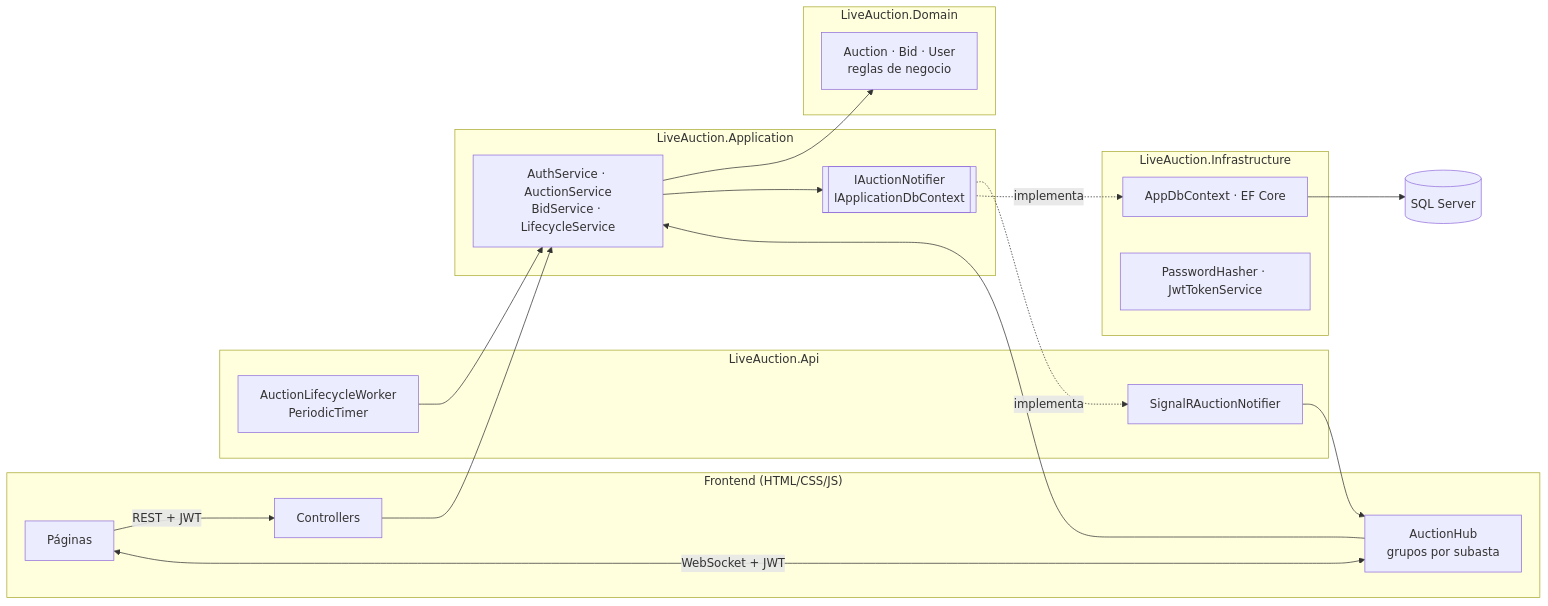
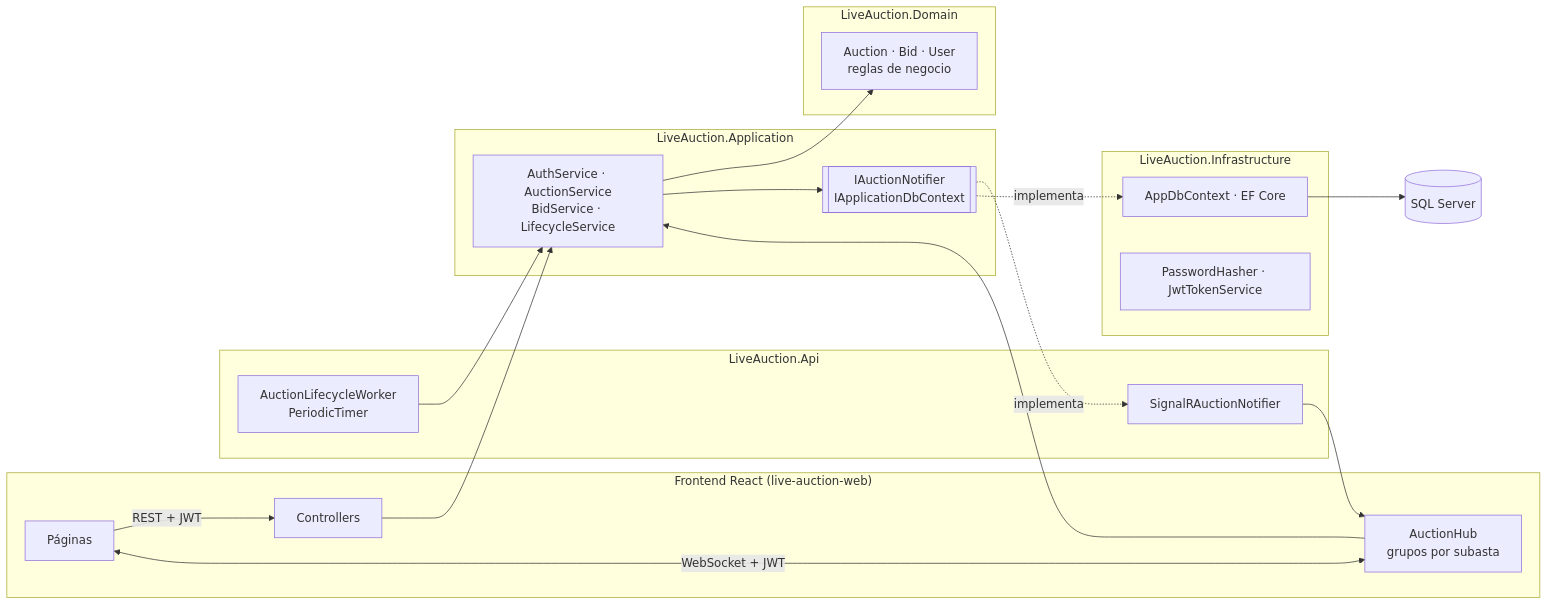
Before and after one commit to edu-tech220/live-auction: the first of 2 diagrams in README.md, drawn with Mermaid. The commit also changed other lines of this file and 23 other files, not shown here.

First line of the commit message:
refactor: el frontend vive en su propio repo (live-auction-web, React)

````diff
--- a/README.md
+++ b/README.md
@@ -35,38 +37,38 @@
 ```mermaid
 flowchart LR
-    subgraph Cliente["Frontend (HTML/CSS/JS)"]
+    subgraph Cliente["Frontend React (live-auction-web)"]
         UI[Páginas] -->|REST + JWT| REST
         UI <-->|WebSocket + JWT| HUB
     end
 
     subgraph Api["LiveAuction.Api"]
         REST[Controllers]
         HUB[AuctionHub<br/>grupos por subasta]
         W[AuctionLifecycleWorker<br/>PeriodicTimer]
         N[SignalRAuctionNotifier]
     end
 
     subgraph App["LiveAuction.Application"]
         S[AuthService · AuctionService<br/>BidService · LifecycleService]
         P[[IAuctionNotifier<br/>IApplicationDbContext]]
     end
 
     subgraph Dom["LiveAuction.Domain"]
         D[Auction · Bid · User<br/>reglas de negocio]
     end
 
     subgraph Infra["LiveAuction.Infrastructure"]
         EF[AppDbContext · EF Core]
         SEC[PasswordHasher · JwtTokenService]
     end
 
     REST --> S
     HUB --> S
     W --> S
     S --> D
     S --> P
     P -.implementa.-> N
     P -.implementa.-> EF
     N --> HUB
     EF --> DB[(SQL Server)]
 ```
````
